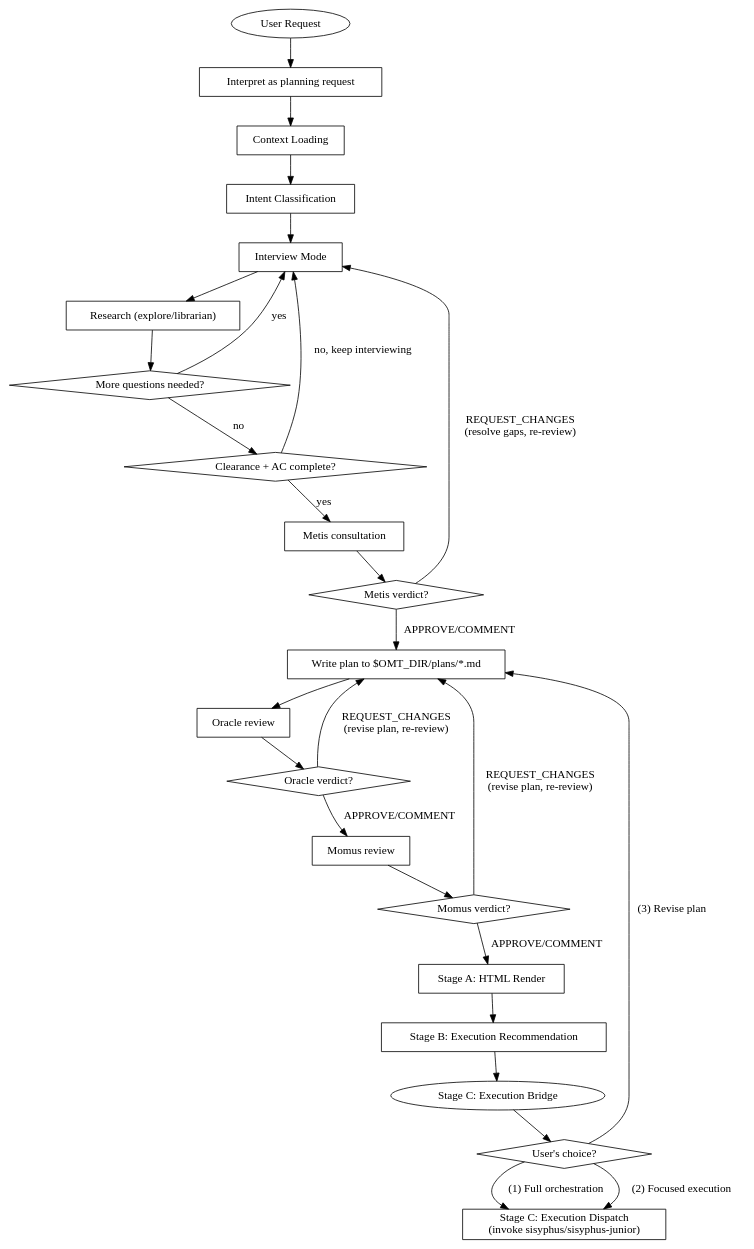
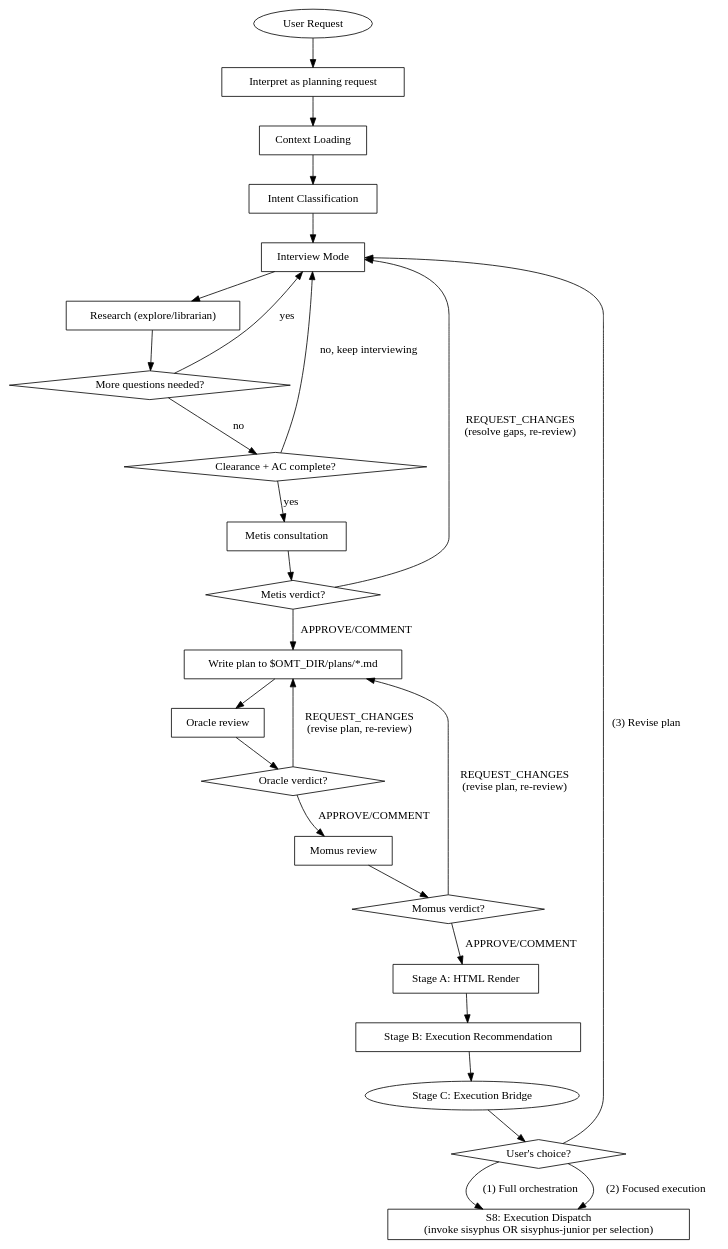
Before and after one commit to toongri/oh-my-toong-playground: the diagram in skills/prometheus/SKILL.md, drawn with Graphviz. The commit also changed other lines of this file, not shown here.

Commit message:
fix(prometheus): flowchart S7→S0 정합 및 Task Discipline 정리
- Revise plan 엣지를 Interview Mode(S0)로 재연결(S7→S0 정합)
- 터미널 노드를 S8: Execution Dispatch로 정규화 및 진입 엣지 연결
- Planning-time Task Discipline 문장 영어 단일화로 동어반복 해소

````diff
--- a/skills/prometheus/SKILL.md
+++ b/skills/prometheus/SKILL.md
@@ -51,52 +51,52 @@
 ```dot
 digraph prometheus_flow {
     rankdir=TB;
     "User Request" [shape=ellipse];
     "Interpret as planning request" [shape=box];
     "Context Loading" [shape=box];
     "Intent Classification" [shape=box];
     "Interview Mode" [shape=box];
     "Research (explore/librarian)" [shape=box];
     "More questions needed?" [shape=diamond];
     "Clearance + AC complete?" [shape=diamond];
     "Metis consultation" [shape=box];
     "Metis verdict?" [shape=diamond];
     "Write plan to $OMT_DIR/plans/*.md" [shape=box];
     "Oracle review" [shape=box];
     "Oracle verdict?" [shape=diamond];
     "Momus review" [shape=box];
     "Momus verdict?" [shape=diamond];
     "Stage A: HTML Render" [shape=box];
     "Stage B: Execution Recommendation" [shape=box];
     "Stage C: Execution Bridge" [shape=ellipse];
     "User's choice?" [shape=diamond];
-    "Stage C: Execution Dispatch\n(invoke sisyphus/sisyphus-junior)" [shape=box];
+    "S8: Execution Dispatch\n(invoke sisyphus OR sisyphus-junior per selection)" [shape=box];
 
     "User Request" -> "Interpret as planning request";
     "Interpret as planning request" -> "Context Loading";
     "Context Loading" -> "Intent Classification";
     "Intent Classification" -> "Interview Mode";
     "Interview Mode" -> "Research (explore/librarian)";
     "Research (explore/librarian)" -> "More questions needed?";
     "More questions needed?" -> "Interview Mode" [label="yes"];
     "More questions needed?" -> "Clearance + AC complete?" [label="no"];
     "Clearance + AC complete?" -> "Interview Mode" [label="no, keep interviewing"];
     "Clearance + AC complete?" -> "Metis consultation" [label="yes"];
     "Metis consultation" -> "Metis verdict?";
     "Metis verdict?" -> "Interview Mode" [label="REQUEST_CHANGES\n(resolve gaps, re-review)"];
     "Metis verdict?" -> "Write plan to $OMT_DIR/plans/*.md" [label="APPROVE/COMMENT"];
     "Write plan to $OMT_DIR/plans/*.md" -> "Oracle review";
     "Oracle review" -> "Oracle verdict?";
     "Oracle verdict?" -> "Write plan to $OMT_DIR/plans/*.md" [label="REQUEST_CHANGES\n(revise plan, re-review)"];
     "Oracle verdict?" -> "Momus review" [label="APPROVE/COMMENT"];
     "Momus review" -> "Momus verdict?";
     "Momus verdict?" -> "Write plan to $OMT_DIR/plans/*.md" [label="REQUEST_CHANGES\n(revise plan, re-review)"];
     "Momus verdict?" -> "Stage A: HTML Render" [label="APPROVE/COMMENT"];
     "Stage A: HTML Render" -> "Stage B: Execution Recommendation";
     "Stage B: Execution Recommendation" -> "Stage C: Execution Bridge";
     "Stage C: Execution Bridge" -> "User's choice?";
-    "User's choice?" -> "Stage C: Execution Dispatch\n(invoke sisyphus/sisyphus-junior)" [label="(1) Full orchestration"];
-    "User's choice?" -> "Stage C: Execution Dispatch\n(invoke sisyphus/sisyphus-junior)" [label="(2) Focused execution"];
-    "User's choice?" -> "Write plan to $OMT_DIR/plans/*.md" [label="(3) Revise plan"];
+    "User's choice?" -> "S8: Execution Dispatch\n(invoke sisyphus OR sisyphus-junior per selection)" [label="(1) Full orchestration"];
+    "User's choice?" -> "S8: Execution Dispatch\n(invoke sisyphus OR sisyphus-junior per selection)" [label="(2) Focused execution"];
+    "User's choice?" -> "Interview Mode" [label="(3) Revise plan"];
 }
 ```
````
